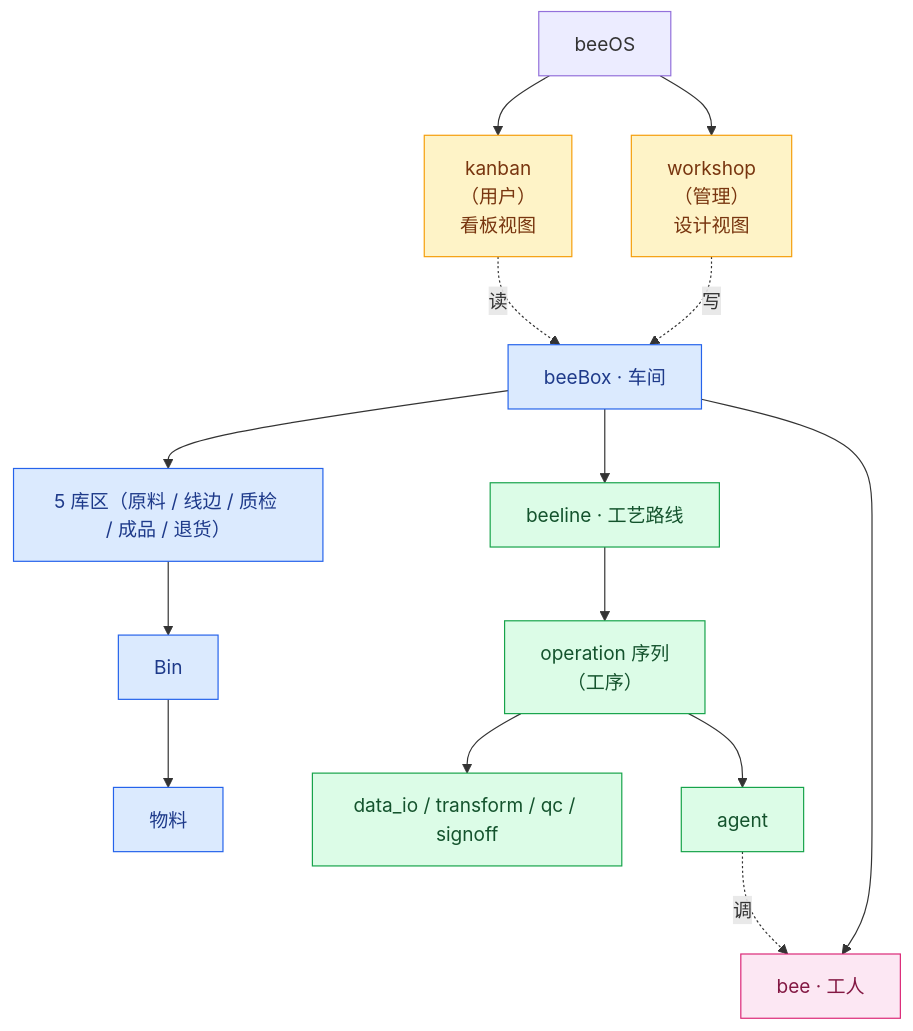
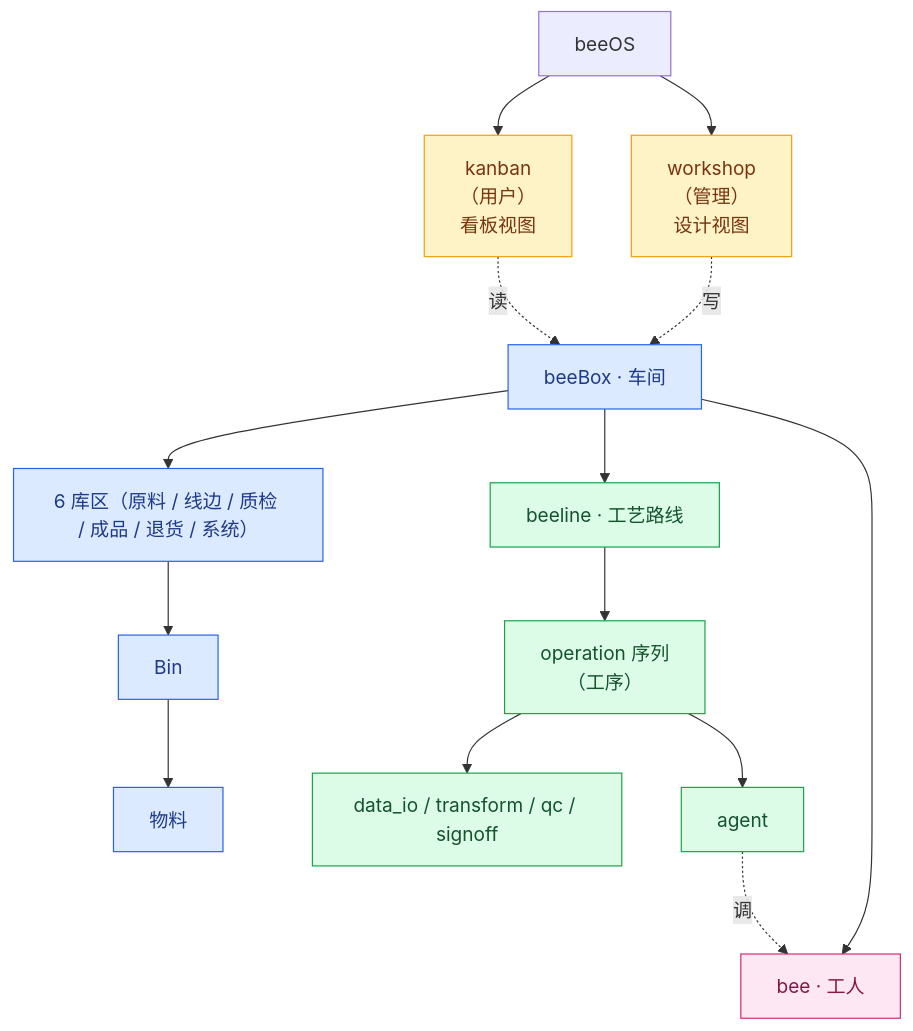
One commit to chehuizi/beeOS changed the first of 4 diagrams in docs/architecture/kernel-design.md. Above: the diagram before and after it, drawn with Mermaid.

Commit message:
docs: §1 关系总览图 zones 节点补系统库区——'5 库区'→'6 库区'
之前 §4 树形图改了但 §1 关系总览图漏了，两图不一致。
现在两图都列全 6 库区。

````diff
--- a/docs/architecture/kernel-design.md
+++ b/docs/architecture/kernel-design.md
@@ -15,42 +15,42 @@
 ```mermaid
 graph TB
     beeOS["beeOS"]
 
     kanban["kanban<br/>（用户）<br/>看板视图"]
     workshop["workshop<br/>（管理）<br/>设计视图"]
 
     beeBox["beeBox · 车间"]
-    zones["5 库区（原料 / 线边 / 质检 / 成品 / 退货）"]
+    zones["6 库区（原料 / 线边 / 质检 / 成品 / 退货 / 系统）"]
     bins["Bin"]
     materials["物料"]
     beeline["beeline · 工艺路线"]
     operations["operation 序列<br/>（工序）"]
     opBasic["data_io / transform / qc / signoff"]
     opAgent["agent"]
     bee["bee · 工人"]
 
     beeOS --> kanban
     beeOS --> workshop
     kanban -.读.-> beeBox
     workshop -.写.-> beeBox
 
     beeBox --> zones
     beeBox --> beeline
     beeBox --> bee
     zones --> bins
     bins --> materials
     beeline --> operations
     operations --> opBasic
     operations --> opAgent
     opAgent -.调.-> bee
 
     classDef console fill:#fef3c7,stroke:#f59e0b,color:#78350f
     classDef box fill:#dbeafe,stroke:#2563eb,color:#1e3a8a
     classDef flow fill:#dcfce7,stroke:#16a34a,color:#14532d
     classDef worker fill:#fce7f3,stroke:#db2777,color:#831843
 
     class kanban,workshop console
     class beeBox,zones,bins,materials box
     class beeline,operations,opBasic,opAgent flow
     class bee worker
 ```
````
